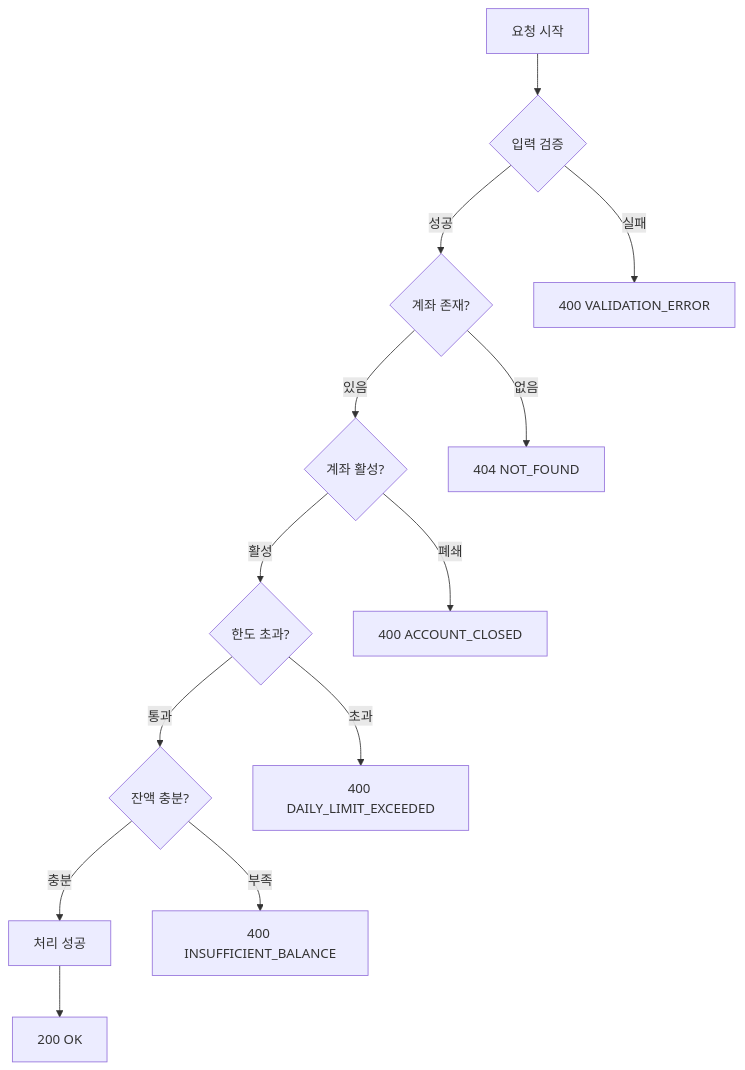
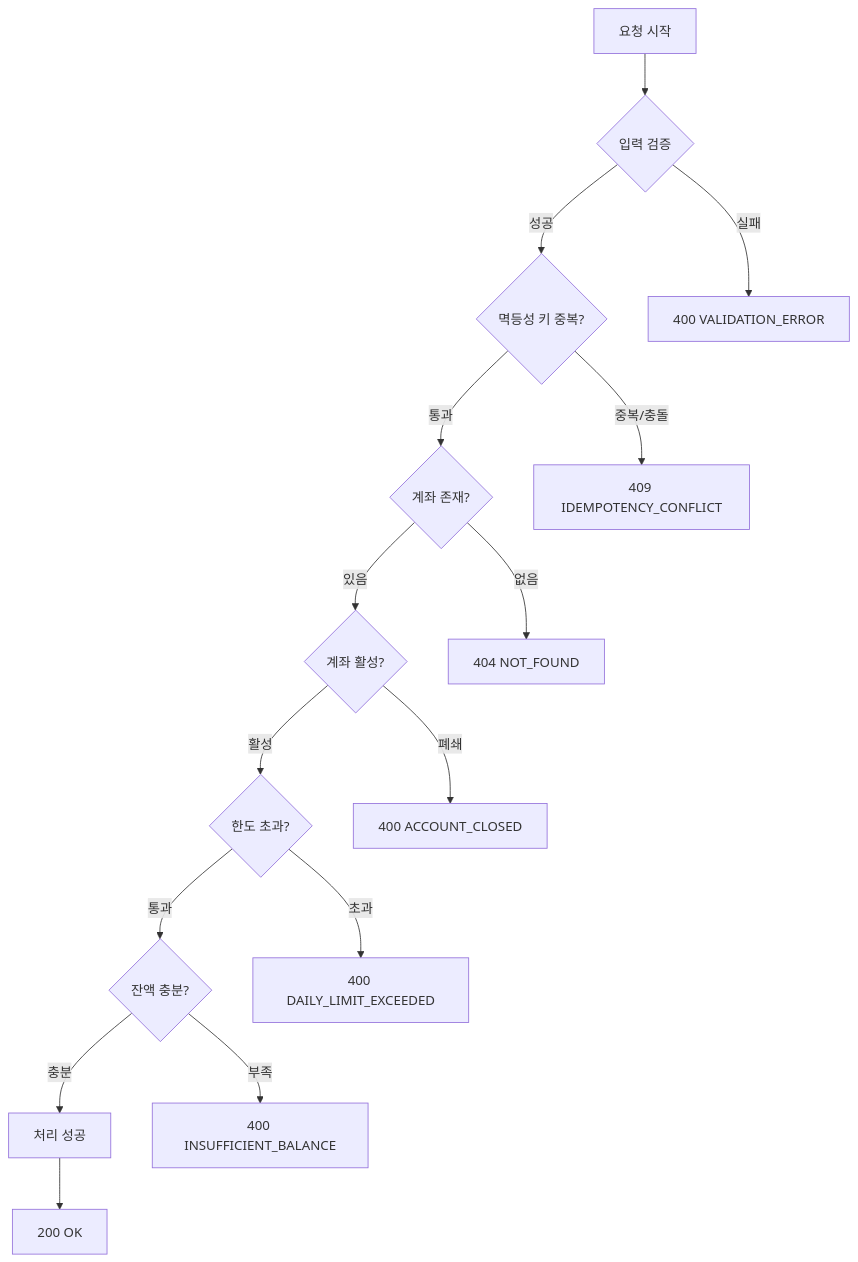
One commit to HuijinKang/kanghuijin_backend changed the third of 3 diagrams in docs/flow.md. Above: the diagram before and after it, drawn with Mermaid. The commit also changed other lines of this file and 3 other files, not shown here.

````diff
--- a/docs/flow.md
+++ b/docs/flow.md
@@ -293,30 +162,34 @@
 ```mermaid
 graph TB
     Start[요청 시작]
     Validation{입력 검증}
+    Idempotency{멱등성 키 중복?}
     AccountCheck{계좌 존재?}
     StatusCheck{계좌 활성?}
     LimitCheck{한도 초과?}
     BalanceCheck{잔액 충분?}
     Process[처리 성공]
     
     E400_1[400 VALIDATION_ERROR]
     E404[404 NOT_FOUND]
     E400_2[400 ACCOUNT_CLOSED]
     E400_3[400 DAILY_LIMIT_EXCEEDED]
     E400_4[400 INSUFFICIENT_BALANCE]
+    E409[409 IDEMPOTENCY_CONFLICT]
     E200[200 OK]
     
     Start --> Validation
     Validation -->|실패| E400_1
-    Validation -->|성공| AccountCheck
+    Validation -->|성공| Idempotency
+    Idempotency -->|중복/충돌| E409
+    Idempotency -->|통과| AccountCheck
     AccountCheck -->|없음| E404
     AccountCheck -->|있음| StatusCheck
     StatusCheck -->|폐쇄| E400_2
     StatusCheck -->|활성| LimitCheck
     LimitCheck -->|초과| E400_3
     LimitCheck -->|통과| BalanceCheck
     BalanceCheck -->|부족| E400_4
     BalanceCheck -->|충분| Process
     Process --> E200
 ```
````
